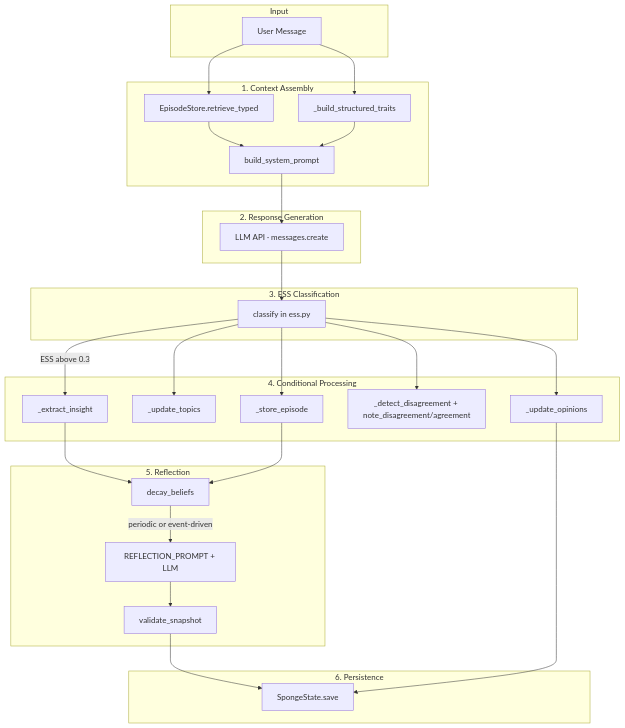
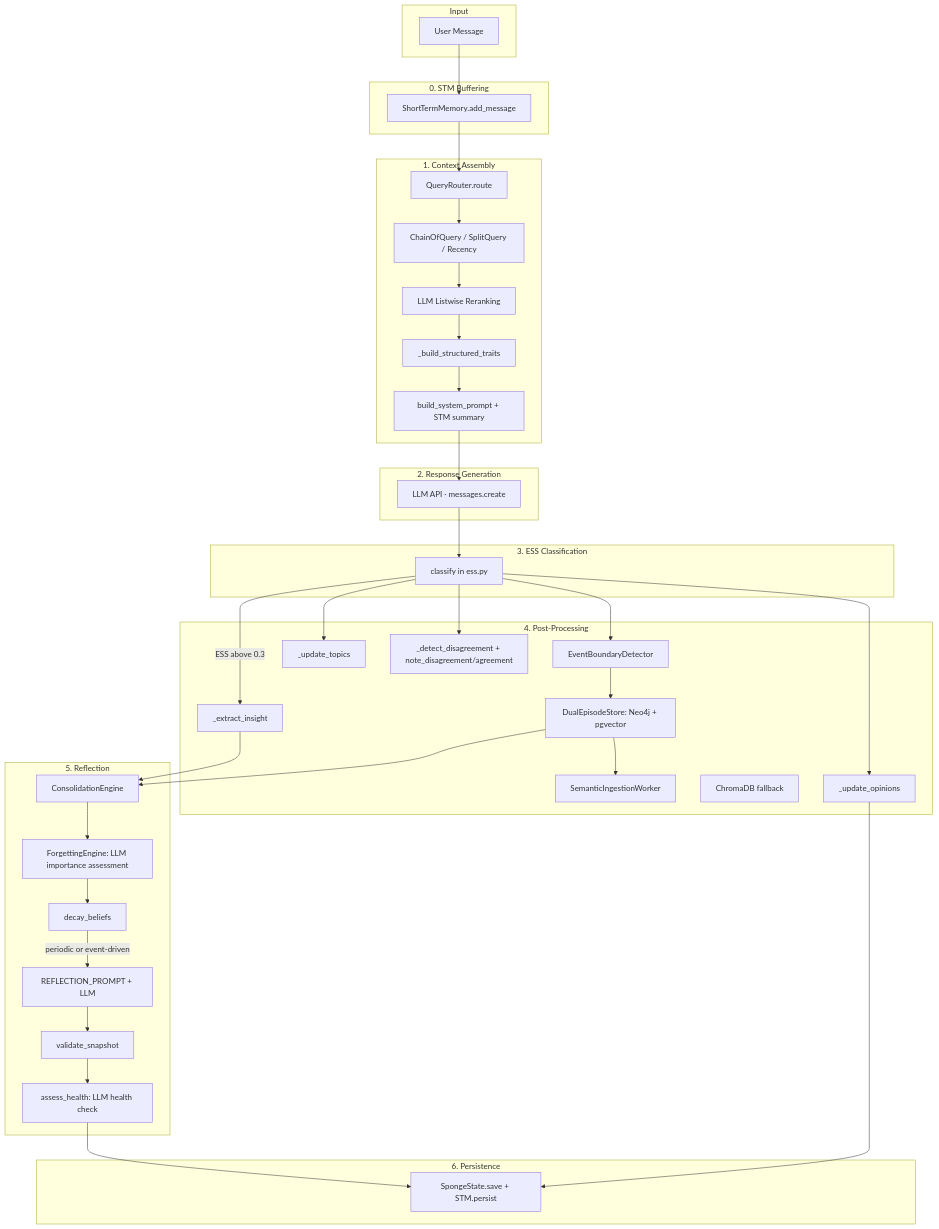
One commit to Okm165/Sonality changed the diagram in docs/architecture/overview.md. Above: the diagram before and after it, drawn with Mermaid. The commit also changed other lines of this file and 8 other files, not shown here.

First line of the commit message:
docs: update documentation for three-layer memory architecture

````diff
--- a/docs/architecture/overview.md
+++ b/docs/architecture/overview.md
@@ -9,56 +9,75 @@
 ```mermaid
 flowchart TB
     subgraph Input
         UM[User Message]
     end
 
+    subgraph Stage0["0. STM Buffering"]
+        STM_ADD[ShortTermMemory.add_message]
+    end
+
     subgraph Stage1["1. Context Assembly"]
-        RET[EpisodeStore.retrieve_typed]
+        ROUTE[QueryRouter.route]
+        RETRIEVE[ChainOfQuery / SplitQuery / Recency]
+        RERANK[LLM Listwise Reranking]
         TRAITS[_build_structured_traits]
-        BUILD[build_system_prompt]
+        BUILD[build_system_prompt + STM summary]
     end
 
     subgraph Stage2["2. Response Generation"]
         LLM["LLM API · messages.create"]
     end
 
     subgraph Stage3["3. ESS Classification"]
         CLASSIFY[classify in ess.py]
     end
 
-    subgraph Stage4["4. Conditional Processing"]
-        STORE[_store_episode]
+    subgraph Stage4["4. Post-Processing"]
+        BOUNDARY[EventBoundaryDetector]
+        DUAL_STORE[DualEpisodeStore: Neo4j + pgvector]
+        SEMANTIC[SemanticIngestionWorker]
+        STORE_LEGACY[ChromaDB fallback]
         TOPICS[_update_topics]
         OPINIONS[_update_opinions]
         DISAGREE[_detect_disagreement + note_disagreement/agreement]
         INSIGHT[_extract_insight]
     end
 
     subgraph Stage5["5. Reflection"]
+        CONSOLIDATE[ConsolidationEngine]
+        FORGET[ForgettingEngine: LLM importance assessment]
         DECAY[decay_beliefs]
         REFLECT[REFLECTION_PROMPT + LLM]
         VALIDATE[validate_snapshot]
+        HEALTH[assess_health: LLM health check]
     end
 
     subgraph Stage6["6. Persistence"]
-        SAVE[SpongeState.save]
+        SAVE[SpongeState.save + STM.persist]
     end
 
-    UM --> RET
-    UM --> TRAITS
-    RET --> BUILD
+    UM --> STM_ADD
+    STM_ADD --> ROUTE
+    ROUTE --> RETRIEVE
+    RETRIEVE --> RERANK
+    RERANK --> TRAITS
     TRAITS --> BUILD
     BUILD --> LLM
     LLM --> CLASSIFY
-    CLASSIFY --> STORE
+    CLASSIFY --> BOUNDARY
+    BOUNDARY --> DUAL_STORE
+    DUAL_STORE --> SEMANTIC
     CLASSIFY --> TOPICS
     CLASSIFY --> OPINIONS
     CLASSIFY --> DISAGREE
     CLASSIFY --> |"ESS above 0.3"| INSIGHT
-    INSIGHT --> DECAY
-    STORE --> DECAY
+    INSIGHT --> CONSOLIDATE
+    DUAL_STORE --> CONSOLIDATE
+    CONSOLIDATE --> FORGET
+    FORGET --> DECAY
     DECAY --> |"periodic or event-driven"| REFLECT
     REFLECT --> VALIDATE
-    VALIDATE --> SAVE
+    VALIDATE --> HEALTH
+    HEALTH --> SAVE
     OPINIONS --> SAVE
 ```
````
